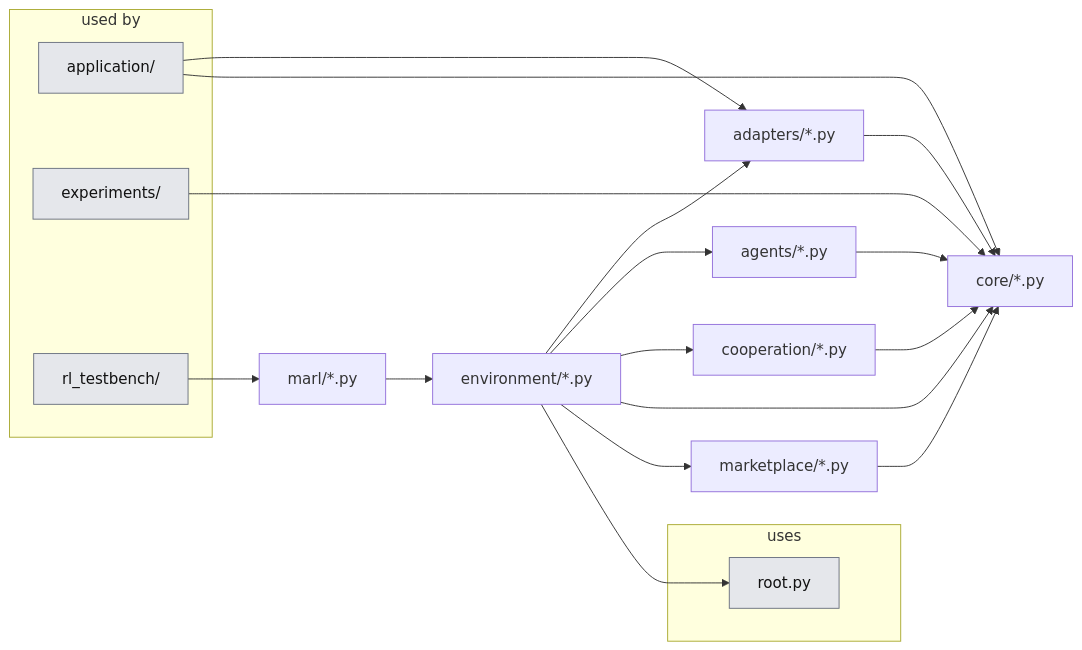
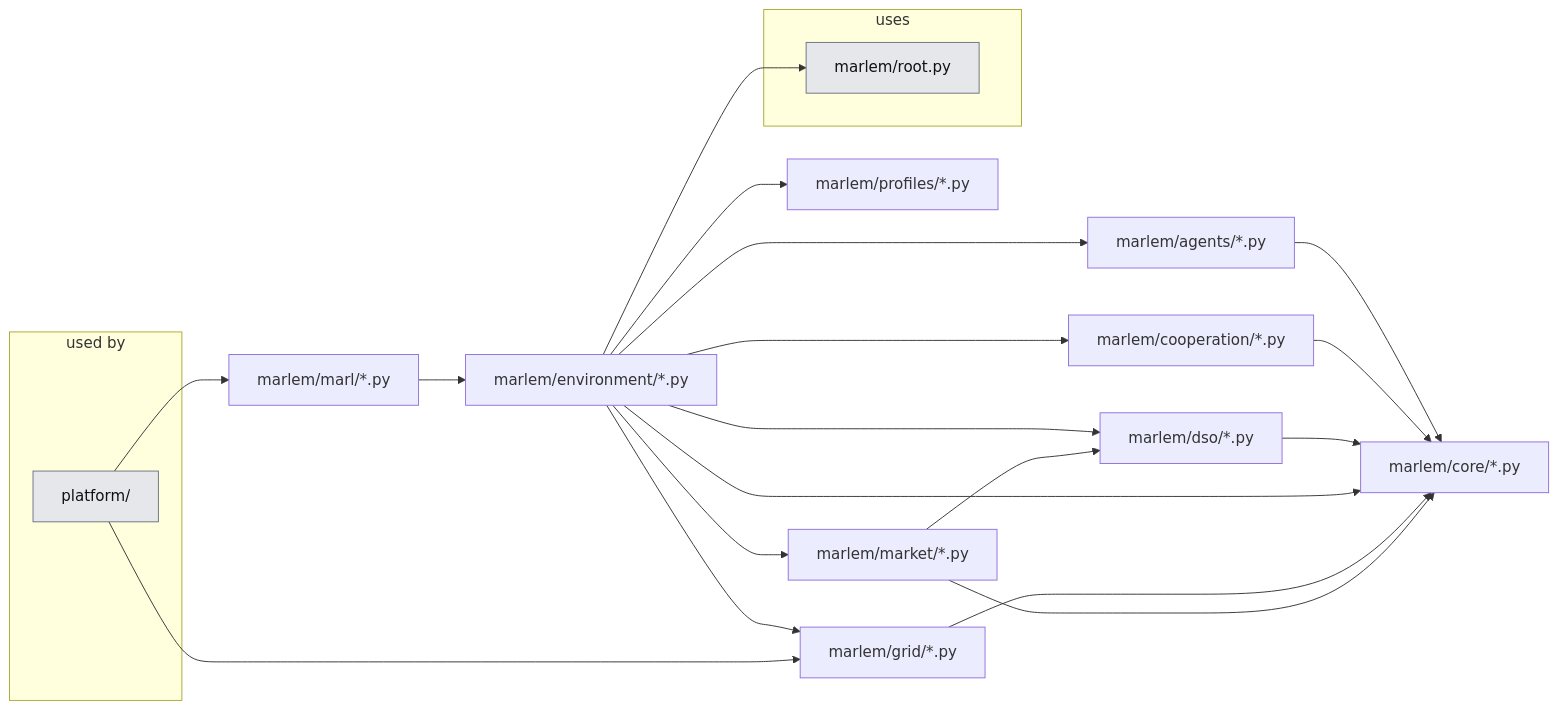
The third of 3 diagrams in docs_thesis/thesis/architecture/README.md (KevinRapo/P2P-thesis), drawn with Mermaid before and after one commit. The commit also changed other lines of this file and 21 other files, not shown here.

````diff
--- a/docs_thesis/thesis/architecture/README.md
+++ b/docs_thesis/thesis/architecture/README.md
@@ -147,34 +149,36 @@
 ```mermaid
 flowchart LR
   subgraph USERS["used by"]
-    n_application__users_["application/"]:::ext
-    n_experiments__users_["experiments/"]:::ext
-    n_rl_testbench__users_["rl_testbench/"]:::ext
+    n_platform__users_["platform/"]:::ext
   end
-  n_adapters__["adapters/*.py"]
-  n_agents__["agents/*.py"]
-  n_cooperation__["cooperation/*.py"]
-  n_core__["core/*.py"]
-  n_environment__["environment/*.py"]
-  n_marketplace__["marketplace/*.py"]
-  n_marl__["marl/*.py"]
+  n_marlem_agents__["marlem/agents/*.py"]
+  n_marlem_cooperation__["marlem/cooperation/*.py"]
+  n_marlem_core__["marlem/core/*.py"]
+  n_marlem_dso__["marlem/dso/*.py"]
+  n_marlem_environment__["marlem/environment/*.py"]
+  n_marlem_grid__["marlem/grid/*.py"]
+  n_marlem_market__["marlem/market/*.py"]
+  n_marlem_marl__["marlem/marl/*.py"]
+  n_marlem_profiles__["marlem/profiles/*.py"]
   subgraph USES["uses"]
-    n_root["root.py"]:::ext
+    n_marlem_root["marlem/root.py"]:::ext
   end
-  n_adapters__ --> n_core__
-  n_agents__ --> n_core__
-  n_application__users_ --> n_adapters__
-  n_application__users_ --> n_core__
-  n_cooperation__ --> n_core__
-  n_environment__ --> n_adapters__
-  n_environment__ --> n_agents__
-  n_environment__ --> n_cooperation__
-  n_environment__ --> n_core__
-  n_environment__ --> n_marketplace__
-  n_environment__ --> n_root
-  n_experiments__users_ --> n_core__
-  n_marketplace__ --> n_core__
-  n_marl__ --> n_environment__
-  n_rl_testbench__users_ --> n_marl__
+  n_marlem_agents__ --> n_marlem_core__
+  n_marlem_cooperation__ --> n_marlem_core__
+  n_marlem_dso__ --> n_marlem_core__
+  n_marlem_environment__ --> n_marlem_agents__
+  n_marlem_environment__ --> n_marlem_cooperation__
+  n_marlem_environment__ --> n_marlem_core__
+  n_marlem_environment__ --> n_marlem_dso__
+  n_marlem_environment__ --> n_marlem_grid__
+  n_marlem_environment__ --> n_marlem_market__
+  n_marlem_environment__ --> n_marlem_profiles__
+  n_marlem_environment__ --> n_marlem_root
+  n_marlem_grid__ --> n_marlem_core__
+  n_marlem_market__ --> n_marlem_core__
+  n_marlem_market__ --> n_marlem_dso__
+  n_marlem_marl__ --> n_marlem_environment__
+  n_platform__users_ --> n_marlem_grid__
+  n_platform__users_ --> n_marlem_marl__
   classDef ext fill:#e5e7eb,stroke:#6b7280,color:#111
 ```
````
